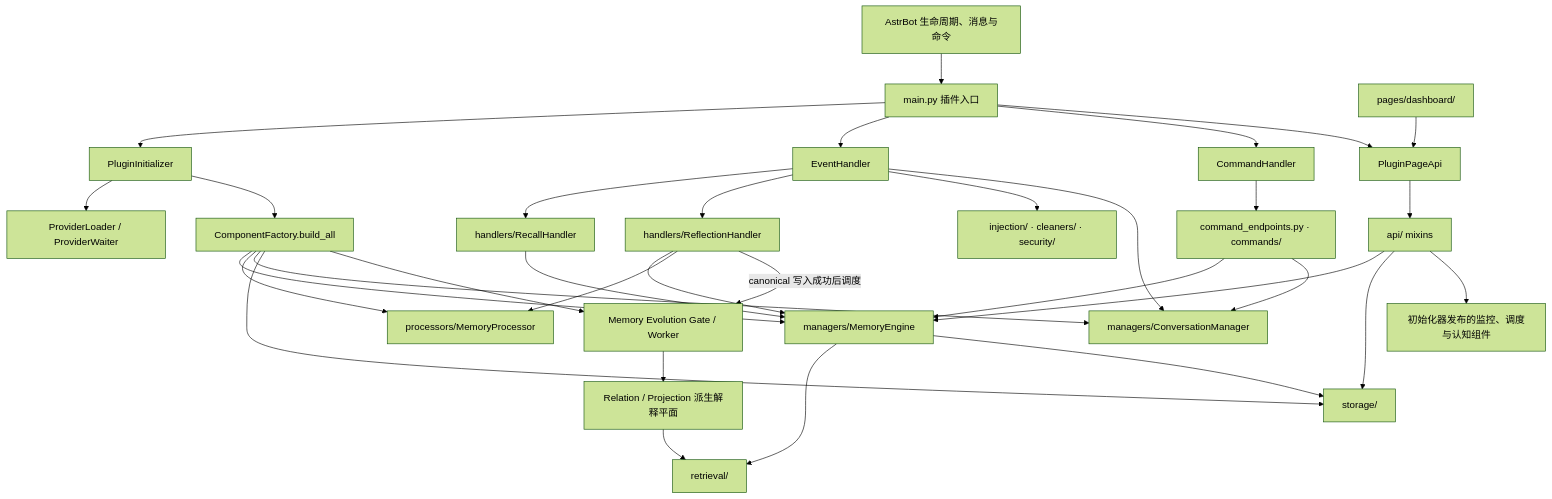
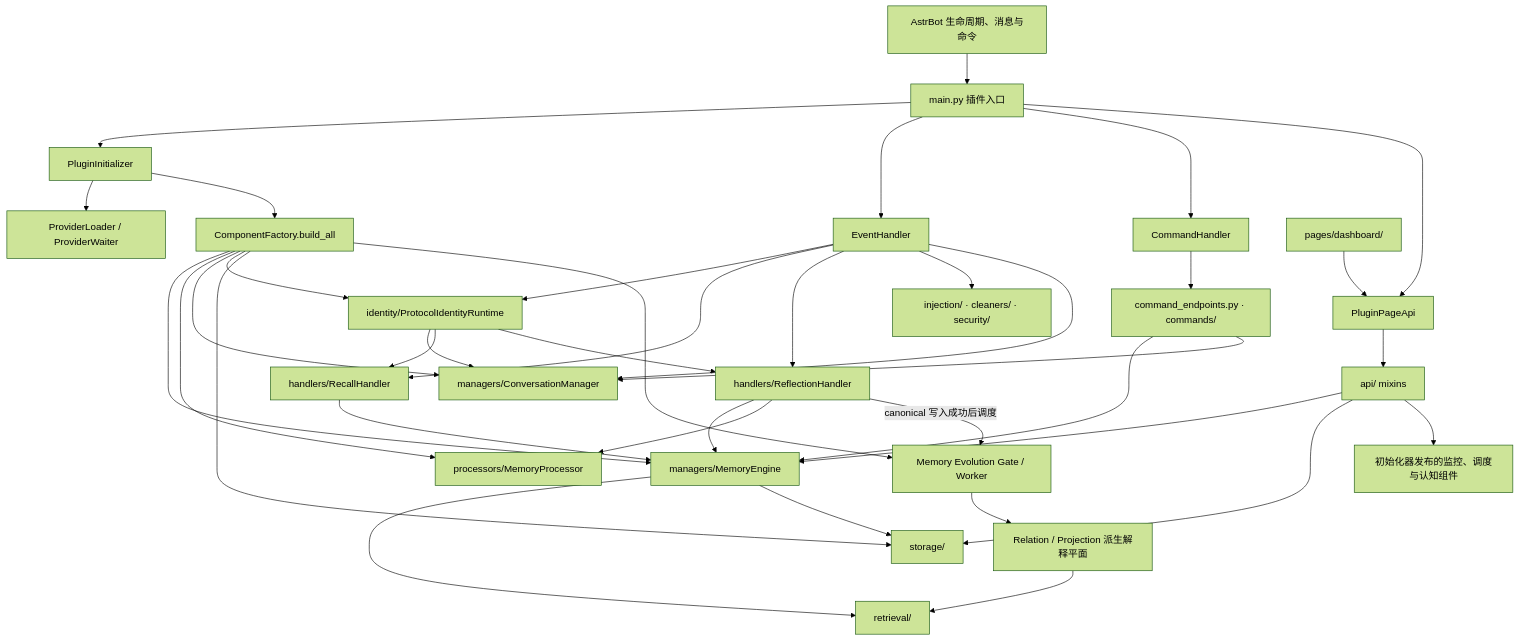
Before and after one commit to INSide-734/astrbot_plugin_memora: the diagram in core/AGENTS.md, drawn with Mermaid (forest theme). The commit also changed other lines of this file and 5 other files, not shown here.

Commit message:
docs(identity): document stable protocol users

````diff
--- a/core/AGENTS.md
+++ b/core/AGENTS.md
@@ -47,39 +47,44 @@
 ```mermaid
 flowchart TD
     AstrBot[AstrBot 生命周期、消息与命令] --> Main[main.py 插件入口]
     Main --> Init[PluginInitializer]
     Init --> Providers[ProviderLoader / ProviderWaiter]
     Init --> Factory[ComponentFactory.build_all]
     Factory --> Engine[managers/MemoryEngine]
     Factory --> Processor[processors/MemoryProcessor]
     Factory --> Conversation[managers/ConversationManager]
+    Factory --> Identity[identity/ProtocolIdentityRuntime]
     Factory --> Stores[storage/]
     Factory --> Evolution[Memory Evolution Gate / Worker]
 
     Main --> Events[EventHandler]
+    Events --> Identity
+    Identity --> Conversation
+    Identity --> Recall
+    Identity --> Reflection
     Events --> Recall[handlers/RecallHandler]
     Events --> Reflection[handlers/ReflectionHandler]
     Events --> Injection[injection/ · cleaners/ · security/]
     Recall --> Engine
     Reflection --> Engine
     Reflection --> Processor
     Events --> Conversation
     Reflection -->|canonical 写入成功后调度| Evolution
 
     Main --> Commands[CommandHandler]
     Commands --> Endpoints[command_endpoints.py · commands/]
     Endpoints --> Engine
     Endpoints --> Conversation
 
     Dashboard[pages/dashboard/] --> Page[PluginPageApi]
     Main --> Page
     Page --> ApiMixins[api/ mixins]
     ApiMixins --> Engine
     ApiMixins --> Stores
     ApiMixins --> Runtime[初始化器发布的监控、调度与认知组件]
 
     Engine --> Retrieval[retrieval/]
     Engine --> Stores
     Evolution --> Derived[Relation / Projection 派生解释平面]
     Derived --> Retrieval
 ```
````
